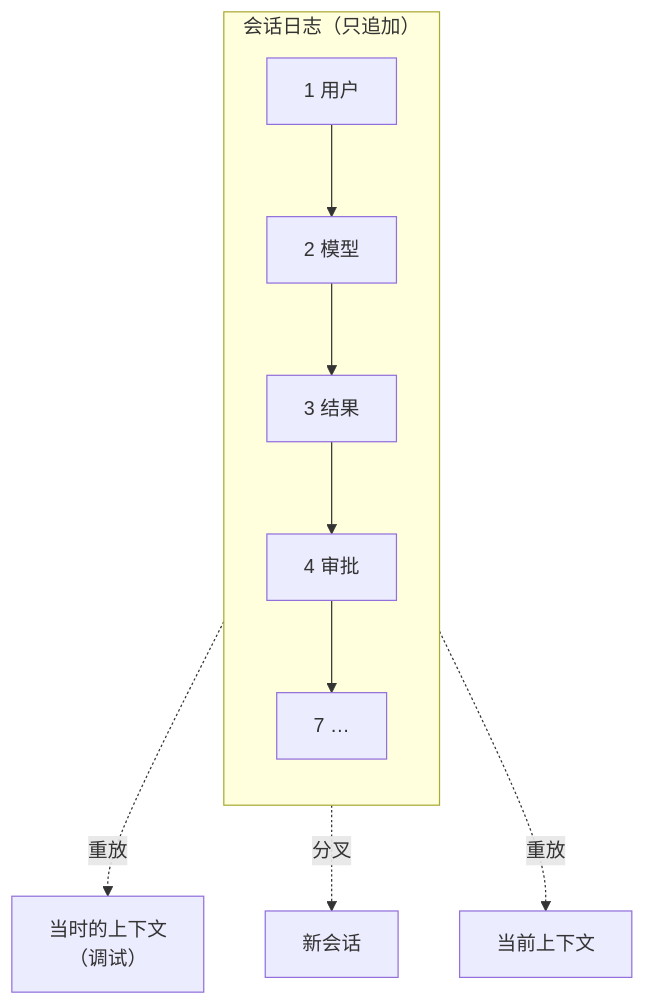
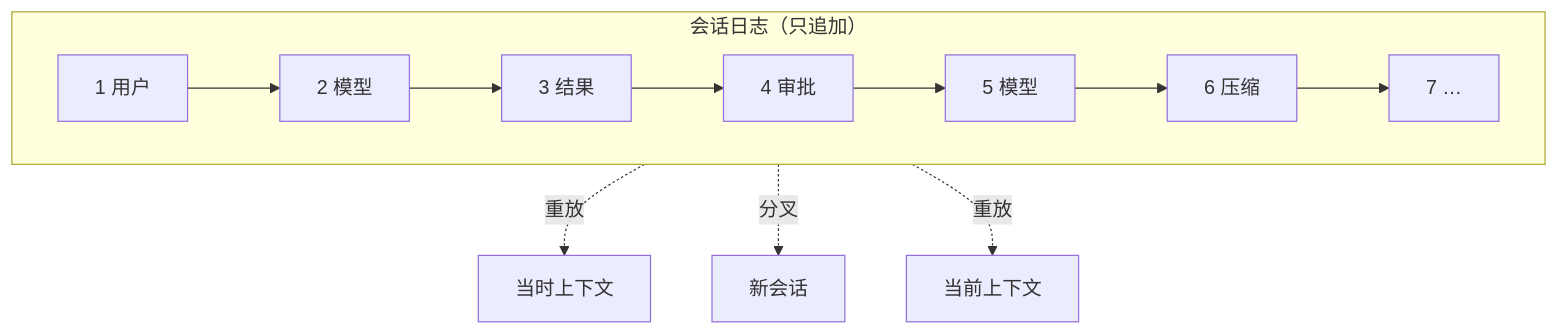
The fourth of 10 diagrams in slides/2026-10-29-agent-and-harness.md (arganzheng/arganzheng.github.com), drawn with Mermaid before and after one commit. The commit also changed other lines of this file, not shown here.

Commit message:
slides/agent-and-harness: restore dropped mermaid nodes/branches (semantic audit) — split long flows to v sub-slides

````diff
--- a/slides/2026-10-29-agent-and-harness.md
+++ b/slides/2026-10-29-agent-and-harness.md
@@ -134,11 +134,11 @@
 ```mermaid
 %%{init: {"flowchart": {"wrappingWidth": 170}}}%%
 flowchart TB
     subgraph LOG["会话日志（只追加）"]
-        direction TB
-        E1["1 用户"] --> E2["2 模型"] --> E3["3 结果"] --> E4["4 审批"] --> E7["7 …"]
+        direction LR
+        E1["1 用户"] --> E2["2 模型"] --> E3["3 结果"] --> E4["4 审批"] --> E5["5 模型"] --> E6["6 压缩"] --> E7["7 …"]
     end
-    E3 -. "重放" .-> D["当时的上下文<br/>（调试）"]
+    E3 -. "重放" .-> D["当时上下文"]
     E4 -. "分叉" .-> F["新会话"]
     E7 -. "重放" .-> C["当前上下文"]
 ```
````
